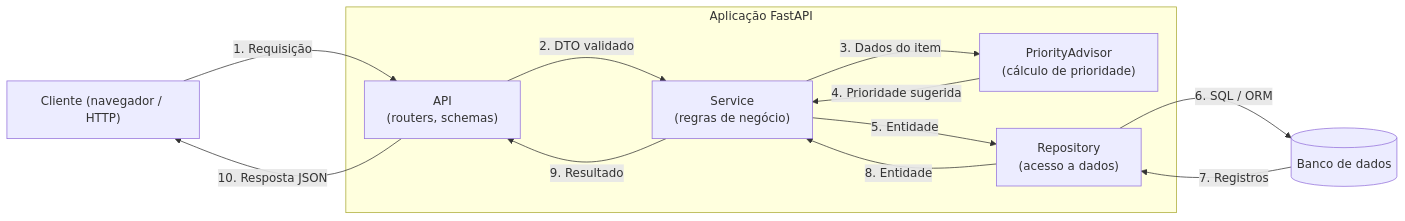
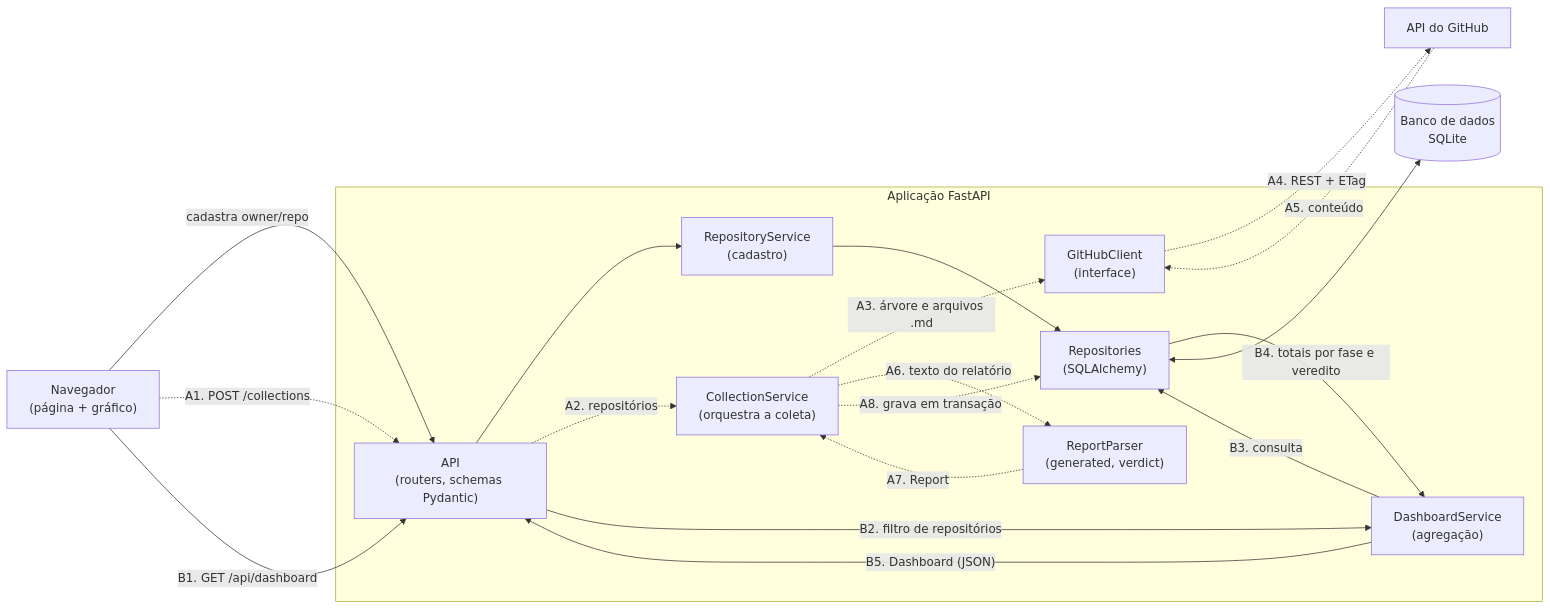
One commit to joaogoes/akcit_modulo_4 changed the diagram in docs/03 diagrama-componentes.md. Above: the diagram before and after it, drawn with Mermaid. The commit also changed other lines of this file, not shown here.

Commit message:
docs: redesenha diagrama de componentes para o escopo do MVP

````diff
--- a/docs/03 diagrama-componentes.md
+++ b/docs/03 diagrama-componentes.md
@@ -3,24 +5,41 @@
 ```mermaid
 flowchart LR
-    Client["Cliente (navegador / HTTP)"]
+    Browser["Navegador<br/>(página + gráfico)"]
+    GitHub["API do GitHub"]
 
-    subgraph FastAPI["Aplicação FastAPI"]
-        API["API<br/>(routers, schemas)"]
-        Service["Service<br/>(regras de negócio)"]
-        Advisor["PriorityAdvisor<br/>(cálculo de prioridade)"]
-        Repo["Repository<br/>(acesso a dados)"]
+    subgraph App["Aplicação FastAPI"]
+        API["API<br/>(routers, schemas Pydantic)"]
+        RepoSvc["RepositoryService<br/>(cadastro)"]
+        CollectSvc["CollectionService<br/>(orquestra a coleta)"]
+        DashSvc["DashboardService<br/>(agregação)"]
+        Client["GitHubClient<br/>(interface)"]
+        Parser["ReportParser<br/>(generated, verdict)"]
+        Repo["Repositories<br/>(SQLAlchemy)"]
     end
 
-    DB[("Banco de dados")]
+    DB[("Banco de dados<br/>SQLite")]
 
-    Client -- "1. Requisição" --> API
-    API -- "2. DTO validado" --> Service
-    Service -- "3. Dados do item" --> Advisor
-    Advisor -- "4. Prioridade sugerida" --> Service
-    Service -- "5. Entidade" --> Repo
-    Repo -- "6. SQL / ORM" --> DB
-    DB -- "7. Registros" --> Repo
-    Repo -- "8. Entidade" --> Service
-    Service -- "9. Resultado" --> API
-    API -- "10. Resposta JSON" --> Client
+    %% Cadastro
+    Browser -- "cadastra owner/repo" --> API
+    API --> RepoSvc
+    RepoSvc --> Repo
+
+    %% Fluxo de coleta
+    Browser -. "A1. POST /collections" .-> API
+    API -. "A2. repositórios" .-> CollectSvc
+    CollectSvc -. "A3. árvore e arquivos .md" .-> Client
+    Client -. "A4. REST + ETag" .-> GitHub
+    GitHub -. "A5. conteúdo" .-> Client
+    CollectSvc -. "A6. texto do relatório" .-> Parser
+    Parser -. "A7. Report" .-> CollectSvc
+    CollectSvc -. "A8. grava em transação" .-> Repo
+
+    %% Fluxo do dashboard
+    Browser -- "B1. GET /api/dashboard" --> API
+    API -- "B2. filtro de repositórios" --> DashSvc
+    DashSvc -- "B3. consulta" --> Repo
+    Repo -- "B4. totais por fase e veredito" --> DashSvc
+    DashSvc -- "B5. Dashboard (JSON)" --> API
+
+    Repo <--> DB
 ```
````
